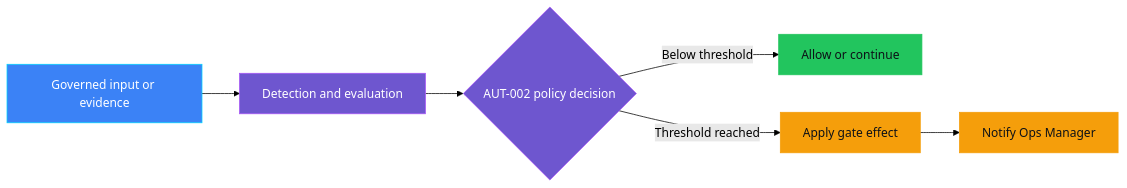
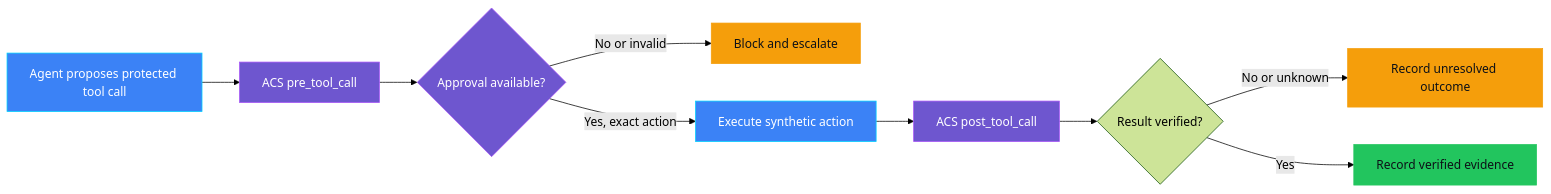
One commit to doruit/forged-with-foundry changed the first of 2 diagrams in controls/autonomy_and_human_oversight/AUT-002_irreversible_action_attempted/README.md. Above: the diagram before and after it, drawn with Mermaid (forest theme). The commit also changed other lines of this file and 23 other files, not shown here.

First line of the commit message:
feat(aut-002): implement irreversible action gate with ACS approval and live Chainlit demo

````diff
--- a/controls/autonomy_and_human_oversight/AUT-002_irreversible_action_attempted/README.md
+++ b/controls/autonomy_and_human_oversight/AUT-002_irreversible_action_attempted/README.md
@@ -56,17 +156,20 @@
 ```mermaid
 flowchart LR
-    I[Governed input or evidence] --> D[Detection and evaluation]
-    D --> P{AUT-002 policy decision}
-    P -->|Below threshold| A[Allow or continue]
-    P -->|Threshold reached| E[Apply gate effect]
-    E --> O[Notify Ops Manager]
+  A[Agent proposes protected tool call] --> P[ACS pre_tool_call]
+  P --> D{Approval available?}
+  D -->|No or invalid| B[Block and escalate]
+  D -->|Yes, exact action| X[Execute synthetic action]
+  X --> Q[ACS post_tool_call]
+  Q --> V{Result verified?}
+  V -->|No or unknown| U[Record unresolved outcome]
+  V -->|Yes| E[Record verified evidence]
 
-    classDef governance fill:#6E56CF,stroke:#A855F7,color:#FFFFFF
-    classDef platform fill:#3B82F6,stroke:#00D4FF,color:#FFFFFF
-    classDef success fill:#22C55E,stroke:#22C55E,color:#0D1117
-    classDef attention fill:#F59E0B,stroke:#F59E0B,color:#0D1117
-    class D,P governance
-    class I platform
-    class A success
-    class E,O attention
+  classDef governance fill:#6E56CF,stroke:#A855F7,color:#FFFFFF
+  classDef platform fill:#3B82F6,stroke:#00D4FF,color:#FFFFFF
+  classDef success fill:#22C55E,stroke:#22C55E,color:#0D1117
+  classDef attention fill:#F59E0B,stroke:#F59E0B,color:#0D1117
+  class A,X platform
+  class P,D,Q governance
+  class E success
+  class B,U attention
 ```
````
